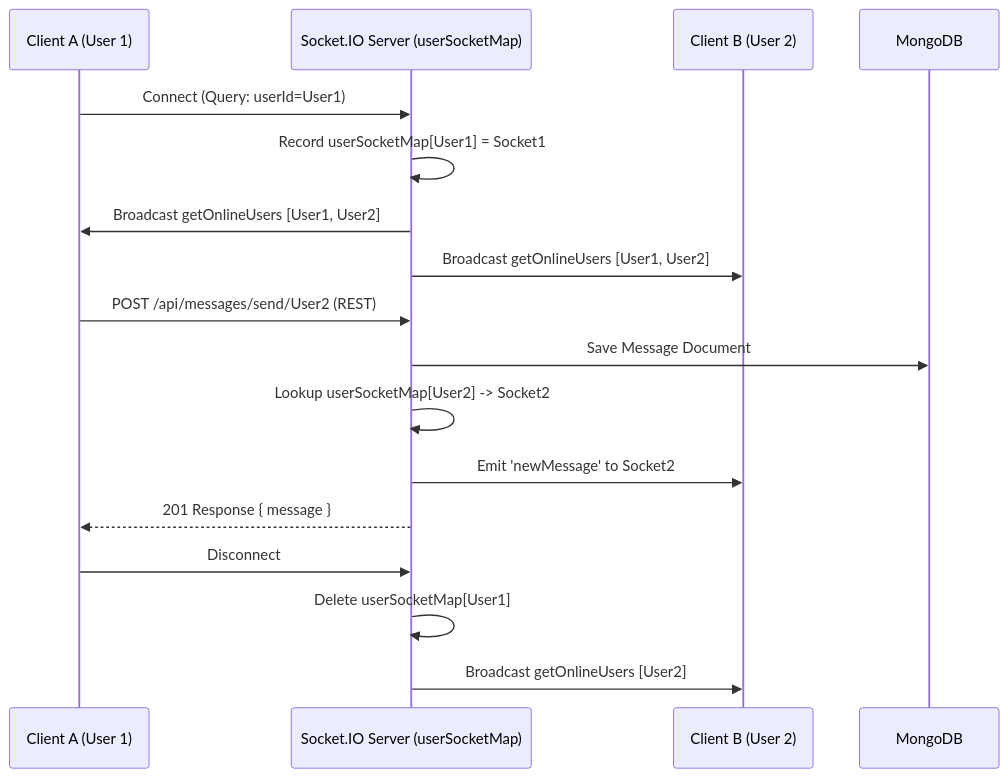
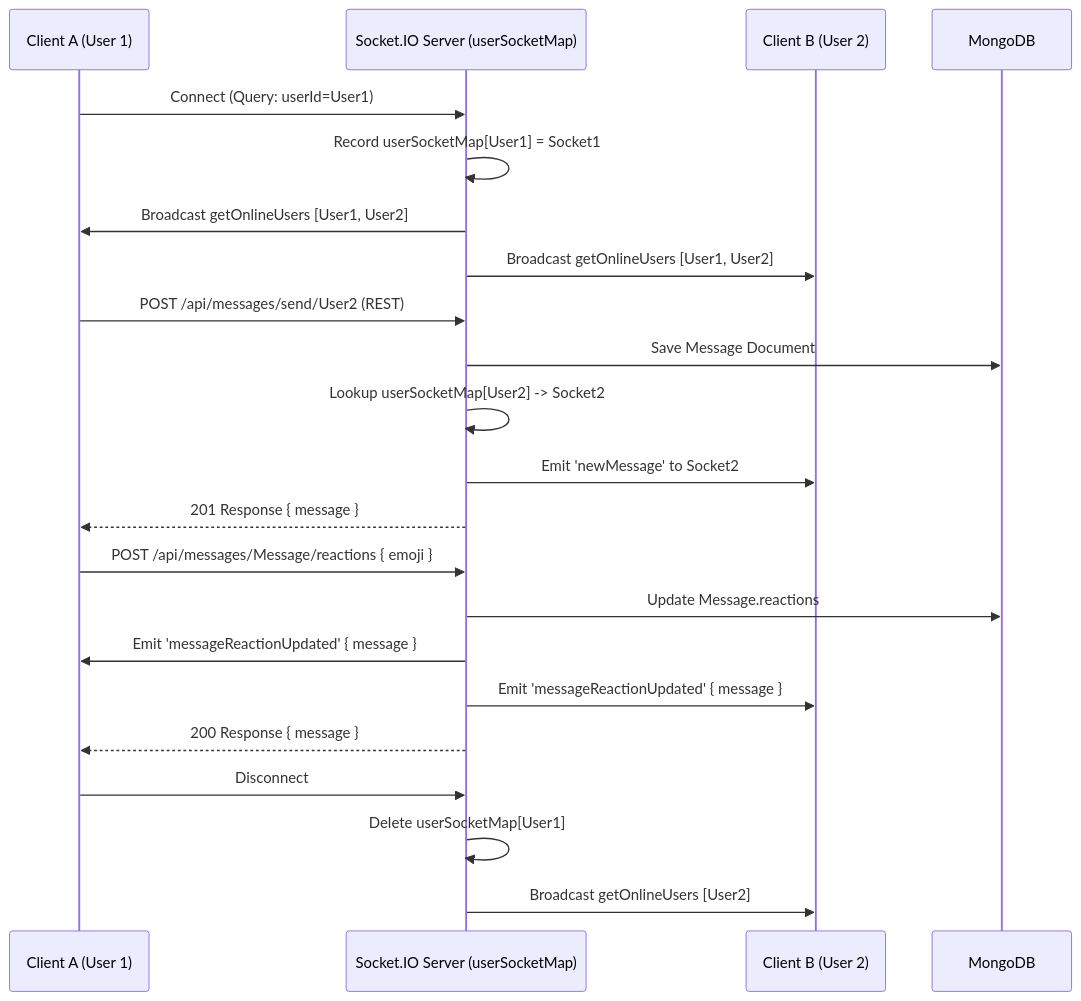
One commit to hocvn/chat-app changed the third of 3 diagrams in docs/ARCHITECTURE.md. Above: the diagram before and after it, drawn with Mermaid. The commit also changed other lines of this file and 3 other files, not shown here.

Commit message:
docs: describe message reactions

````diff
--- a/docs/ARCHITECTURE.md
+++ b/docs/ARCHITECTURE.md
@@ -213,22 +215,28 @@
 ```mermaid
 sequenceDiagram
     participant ClientA as Client A (User 1)
     participant Server as Socket.IO Server (userSocketMap)
     participant ClientB as Client B (User 2)
     participant DB as MongoDB
 
     ClientA->>Server: Connect (Query: userId=User1)
     Server->>Server: Record userSocketMap[User1] = Socket1
     Server->>ClientA: Broadcast getOnlineUsers [User1, User2]
     Server->>ClientB: Broadcast getOnlineUsers [User1, User2]
 
     ClientA->>Server: POST /api/messages/send/User2 (REST)
     Server->>DB: Save Message Document
     Server->>Server: Lookup userSocketMap[User2] -> Socket2
     Server->>ClientB: Emit 'newMessage' to Socket2
     Server-->>ClientA: 201 Response { message }
 
+    ClientA->>Server: POST /api/messages/Message/reactions { emoji }
+    Server->>DB: Update Message.reactions
+    Server->>ClientA: Emit 'messageReactionUpdated' { message }
+    Server->>ClientB: Emit 'messageReactionUpdated' { message }
+    Server-->>ClientA: 200 Response { message }
+
     ClientA->>Server: Disconnect
     Server->>Server: Delete userSocketMap[User1]
     Server->>ClientB: Broadcast getOnlineUsers [User2]
 ```
````
